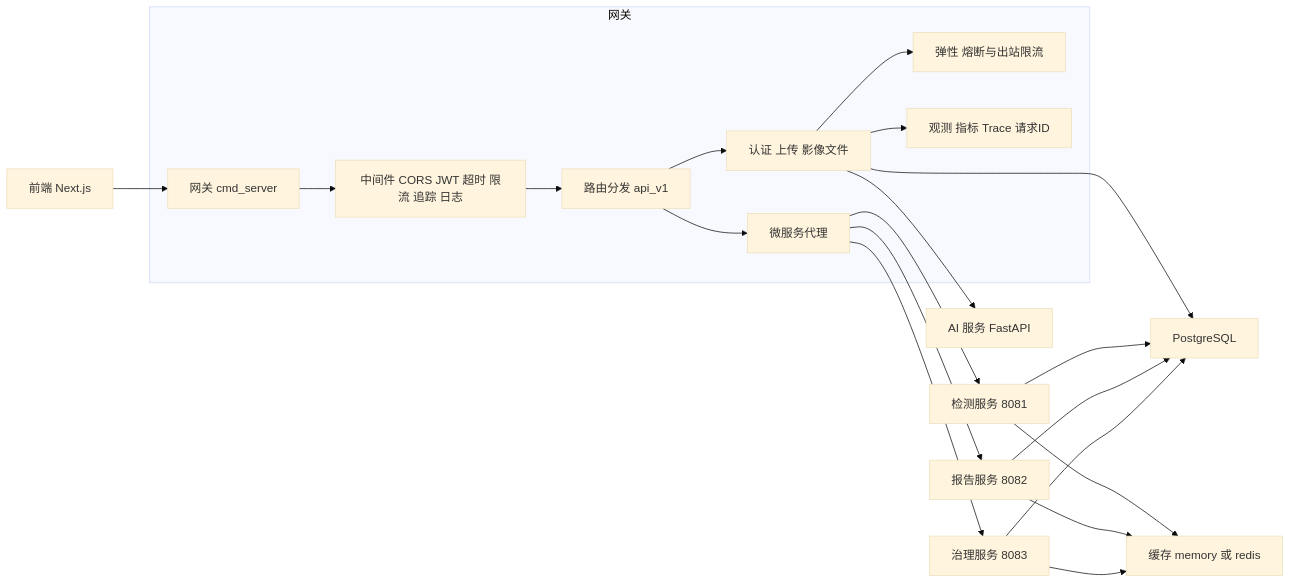
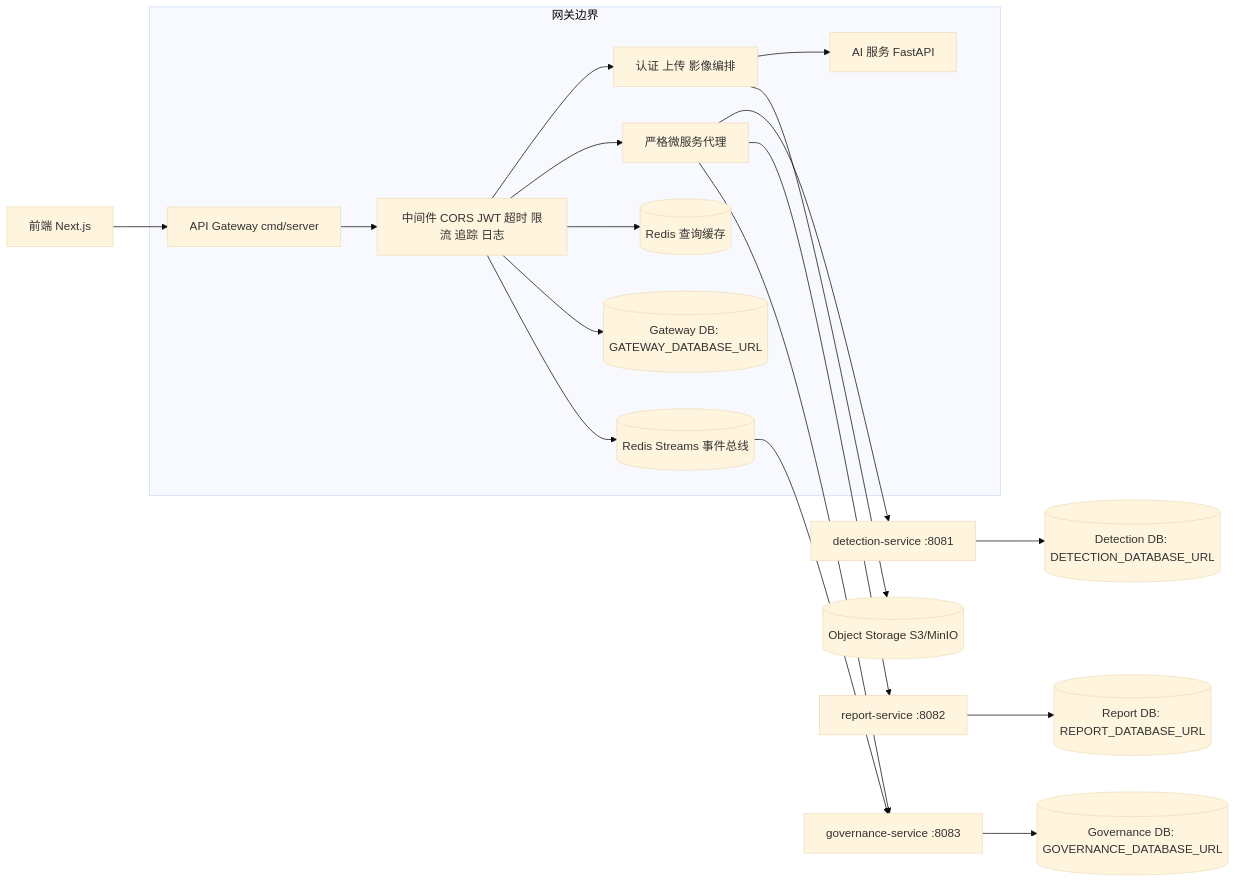
Before and after one commit to laixinyu/cancer-detection-system: the first of 3 diagrams in backend-go/MICROSERVICES.md, drawn with Mermaid (base theme). The commit also changed other lines of this file and 36 other files, not shown here.

Commit message:
docs: refactor architecture diagrams to reflect true microservices boundary and database isolation

````diff
--- a/backend-go/MICROSERVICES.md
+++ b/backend-go/MICROSERVICES.md
@@ -12,26 +12,24 @@
 ```mermaid
 graph LR
-  FE[前端 Next.js] --> GW[网关 cmd_server]
+  FE[前端 Next.js] --> GW[API Gateway cmd/server]
 
-  subgraph 网关
+  subgraph GatewayBoundary[网关边界]
     GW --> MW[中间件 CORS JWT 超时 限流 追踪 日志]
-    MW --> RT[路由分发 api_v1]
-    RT --> AUTH[认证 上传 影像文件]
-    RT --> PX[微服务代理]
-    AUTH --> RS[弹性 熔断与出站限流]
-    AUTH --> OBS[观测 指标 Trace 请求ID]
+    MW --> ORCH[认证 上传 影像编排]
+    MW --> PROXY[严格微服务代理]
+    ORCH --> AI[AI 服务 FastAPI]
+    MW --> CACHE[(Redis 查询缓存)]
+    MW --> GDB[(Gateway DB: GATEWAY_DATABASE_URL)]
+    MW --> BUS[(Redis Streams 事件总线)]
   end
 
-  PX --> DET[检测服务 8081]
-  PX --> REP[报告服务 8082]
-  PX --> GOV[治理服务 8083]
+  PROXY --> DET[detection-service :8081]
+  PROXY --> REP[report-service :8082]
+  PROXY --> GOV[governance-service :8083]
 
-  AUTH --> PG[PostgreSQL]
-  DET --> PG
-  REP --> PG
-  GOV --> PG
-  DET --> CACHE[缓存 memory 或 redis]
-  REP --> CACHE
-  GOV --> CACHE
-  AUTH --> AI[AI 服务 FastAPI]
+  DET --> DDB[(Detection DB: DETECTION_DATABASE_URL)]
+  REP --> RDB[(Report DB: REPORT_DATABASE_URL)]
+  GOV --> VDB[(Governance DB: GOVERNANCE_DATABASE_URL)]
+  ORCH --> OBJ[(Object Storage S3/MinIO)]
+  BUS --> GOV
 ```
````
